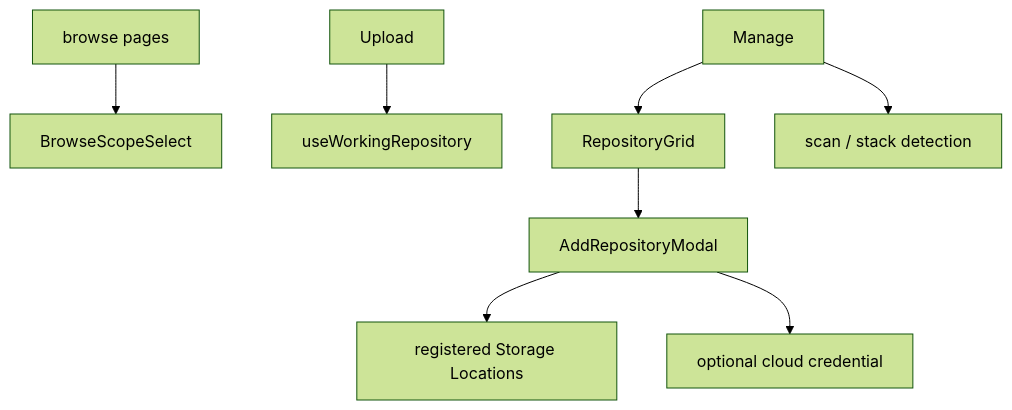
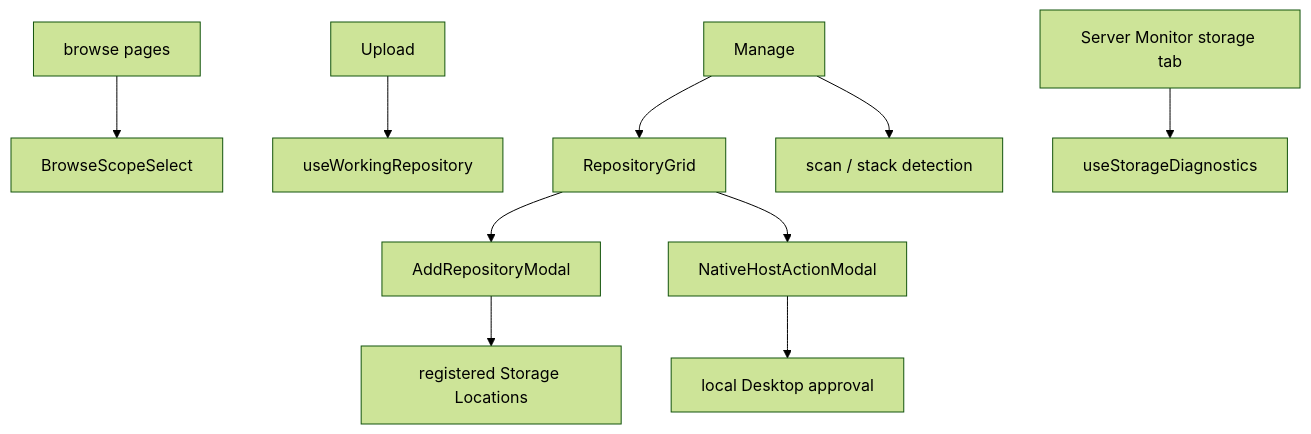
Before and after one commit to EdwinZhanCN/Lumilio-Photos: the diagram in web/src/features/repositories/doc.md, drawn with Mermaid (forest theme). The commit also changed other lines of this file and 623 other files, not shown here.

````diff
--- a/web/src/features/repositories/doc.md
+++ b/web/src/features/repositories/doc.md
@@ -23,10 +23,12 @@
 ```mermaid
 flowchart TD
     BROWSE["browse pages"] --> BSCOPE["BrowseScopeSelect"]
     UPLOAD["Upload"] --> WORKING["useWorkingRepository"]
     MANAGE["Manage"] --> GRID["RepositoryGrid"]
     GRID --> CREATE["AddRepositoryModal"]
     CREATE --> ROOTS["registered Storage Locations"]
-    CREATE --> CLOUD["optional cloud credential"]
+    GRID --> HOST["NativeHostActionModal"]
+    HOST --> DESKTOP["local Desktop approval"]
+    MONITOR["Server Monitor storage tab"] --> DIAGNOSTICS["useStorageDiagnostics"]
     MANAGE --> SCAN["scan / stack detection"]
 ```
````
